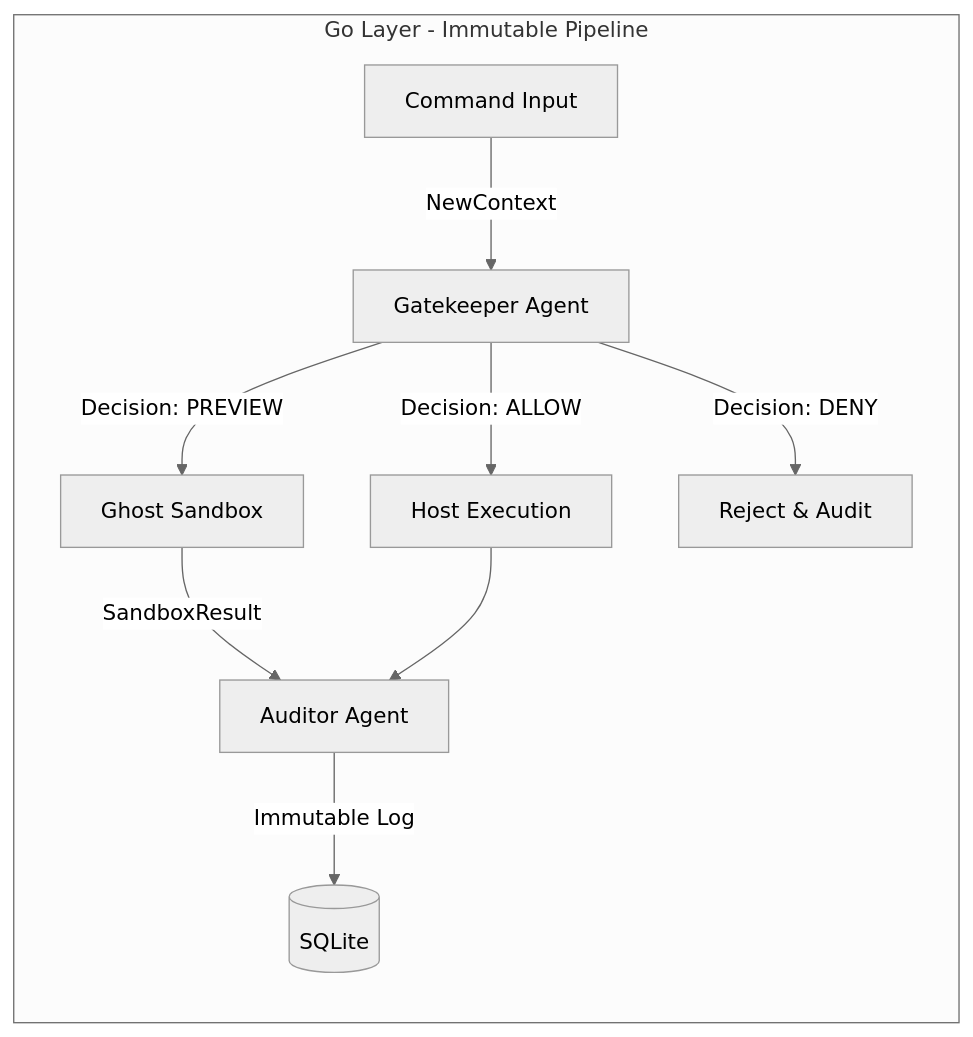
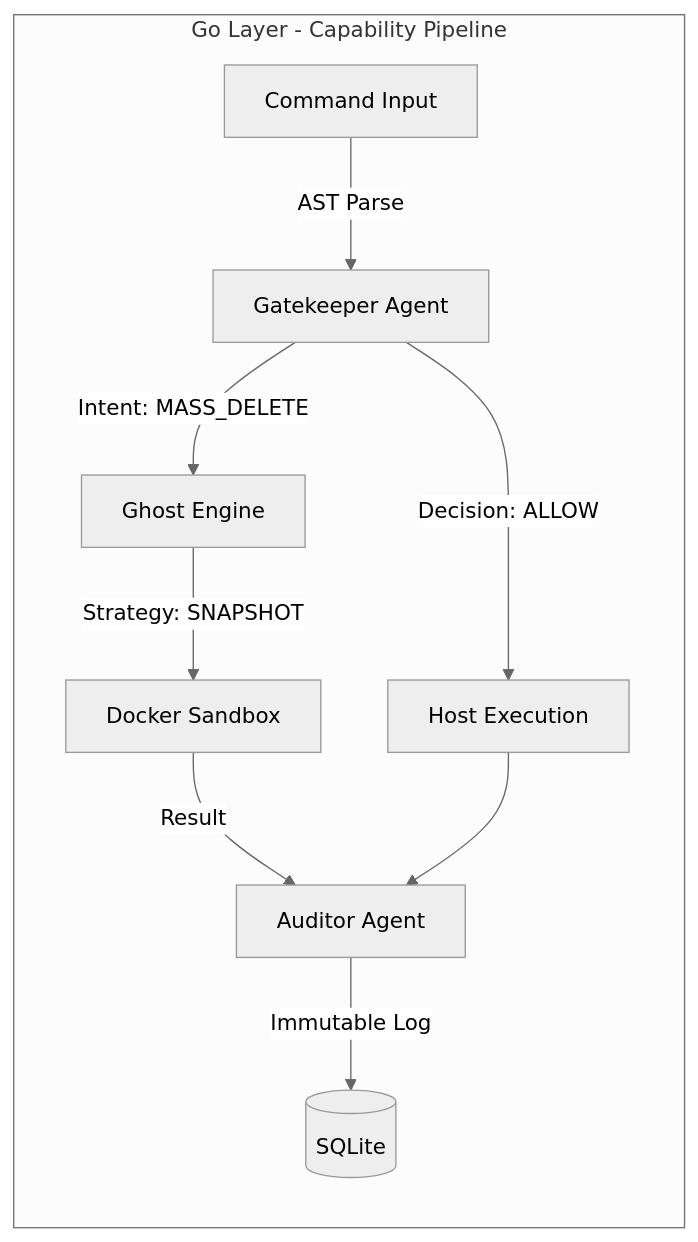
The second of 2 diagrams in README.md (aryawadhwa/Dike), drawn with Mermaid (neutral theme) before and after one commit. The commit also changed other lines of this file, not shown here.

Commit message:
docs: update architecture to Capability-Based Zero Trust and Ghost v2.0

````diff
--- a/README.md
+++ b/README.md
@@ -71,12 +74,12 @@
 ```mermaid
 flowchart LR
-  subgraph "Go Layer - Immutable Pipeline"
-    Input[Command Input] -->|NewContext| GK[Gatekeeper Agent]
+  subgraph "Go Layer - Capability Pipeline"
+    Input[Command Input] -->|AST Parse| GK[Gatekeeper Agent]
+    GK -->|Intent: MASS_DELETE| Ghost[Ghost Engine]
     GK -->|Decision: ALLOW| Host[Host Execution]
-    GK -->|Decision: PREVIEW| Ghost[Ghost Sandbox]
-    GK -->|Decision: DENY| Deny[Reject & Audit]
-    Ghost -->|SandboxResult| Audit[Auditor Agent]
+    Ghost -->|Strategy: SNAPSHOT| Sandbox[Docker Sandbox]
+    Sandbox -->|Result| Audit[Auditor Agent]
     Audit -->|Immutable Log| DB[(SQLite)]
     Host --> Audit
   end
 ```
````
